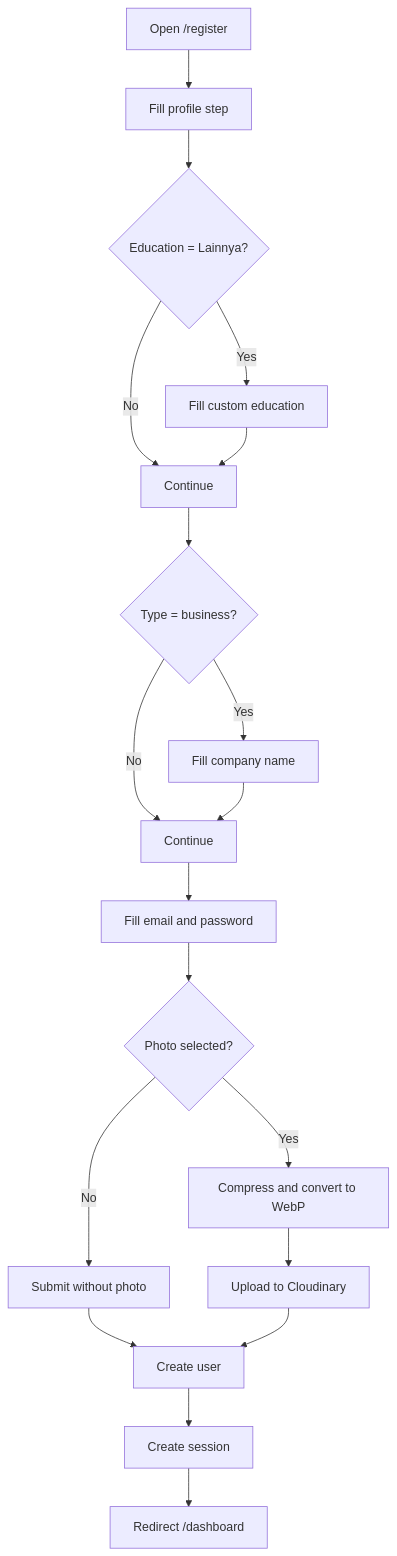
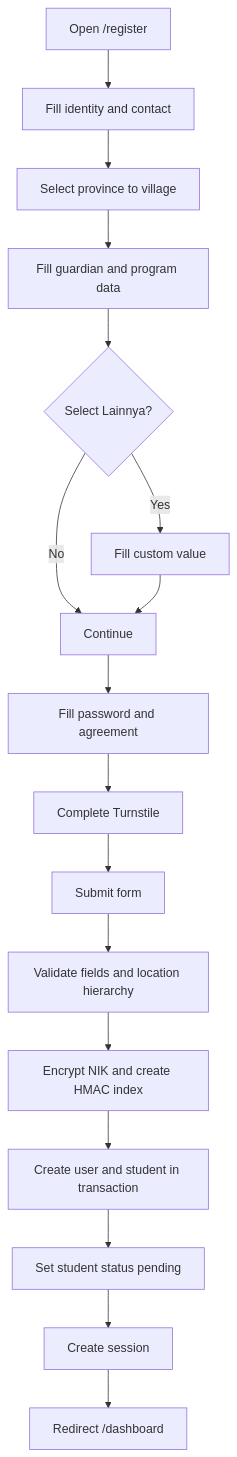
Before and after one commit to lutfiangga/nuwaira-web: the diagram in docs/design-system-uml/activity-bootcamp-registration.md, drawn with Mermaid. The commit also changed other lines of this file and 40 other files, not shown here.

````diff
--- a/docs/design-system-uml/activity-bootcamp-registration.md
+++ b/docs/design-system-uml/activity-bootcamp-registration.md
@@ -3,21 +3,19 @@
 ```mermaid
 flowchart TD
-  A["Open /register"] --> B["Fill profile step"]
-  B --> C{"Education = Lainnya?"}
-  C -->|"Yes"| D["Fill custom education"]
-  C -->|"No"| E["Continue"]
-  D --> E
-  E --> F{"Type = business?"}
-  F -->|"Yes"| G["Fill company name"]
-  F -->|"No"| H["Continue"]
-  G --> H
-  H --> I["Fill email and password"]
-  I --> J{"Photo selected?"}
-  J -->|"Yes"| K["Compress and convert to WebP"]
-  J -->|"No"| L["Submit without photo"]
-  K --> M["Upload to Cloudinary"]
-  L --> N["Create user"]
-  M --> N
+  A["Open /register"] --> B["Fill identity and contact"]
+  B --> C["Select province to village"]
+  C --> D["Fill guardian and program data"]
+  D --> E{"Select Lainnya?"}
+  E -->|"Yes"| F["Fill custom value"]
+  E -->|"No"| G["Continue"]
+  F --> G
+  G --> H["Fill password and agreement"]
+  H --> I["Complete Turnstile"]
+  I --> J["Submit form"]
+  J --> K["Validate fields and location hierarchy"]
+  K --> L["Encrypt NIK and create HMAC index"]
+  L --> M["Create user and student in transaction"]
+  M --> N["Set student status pending"]
   N --> O["Create session"]
   O --> P["Redirect /dashboard"]
 ```
````
